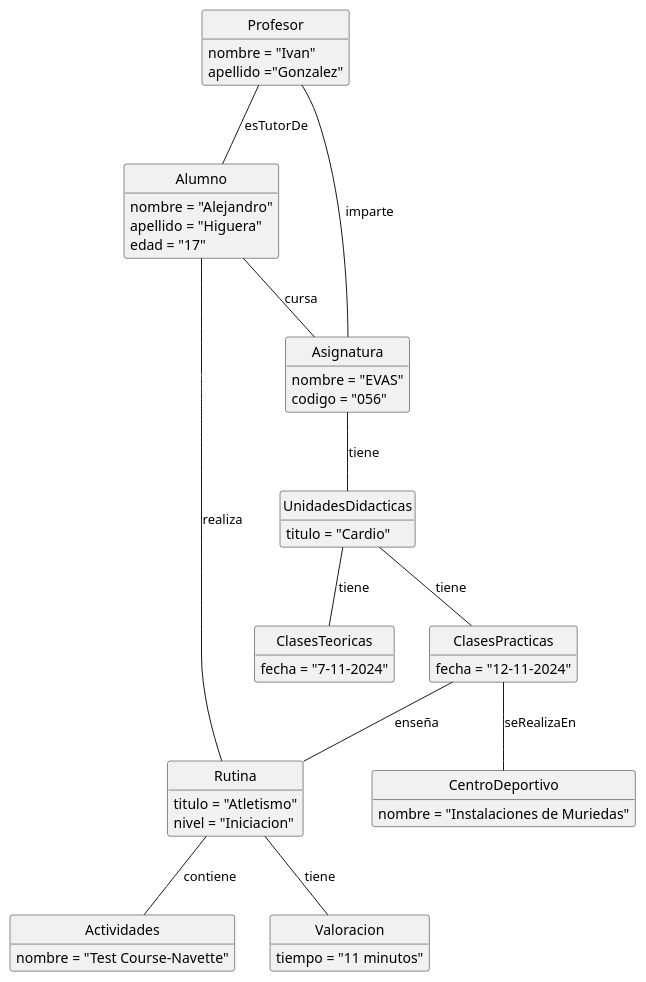
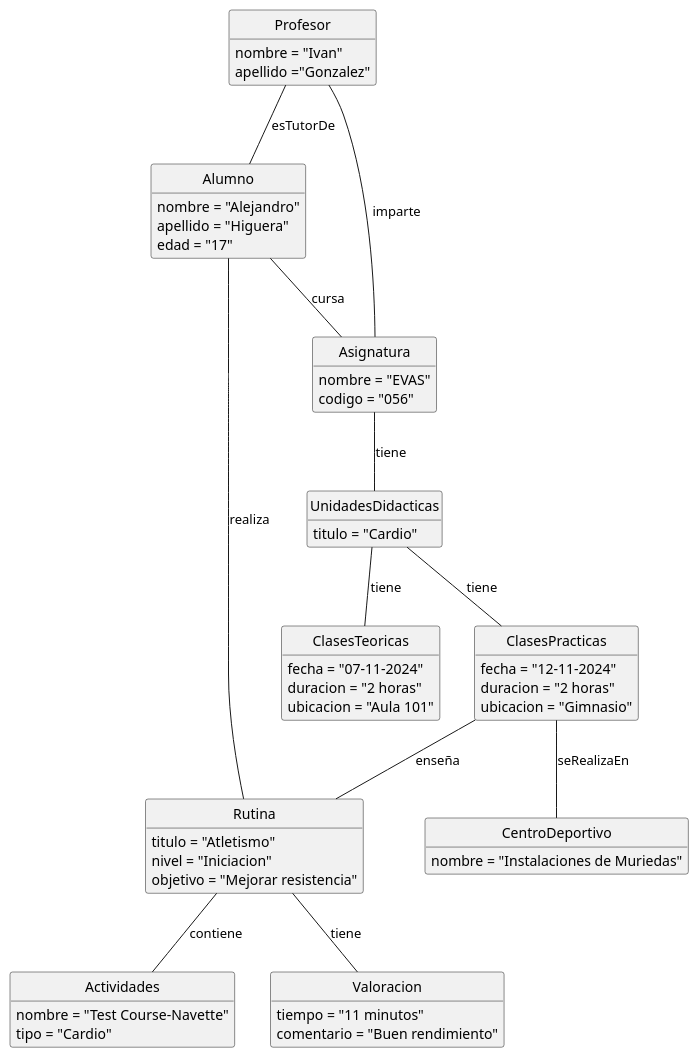
Before and after one commit to mmasias/24-25-IdSw1-SDR: the diagram in Documentos/diagramaDeObjetos/diagramaDeObjetos.puml, drawn with PlantUML.

Commit message:
nuevos campos de alguna clase

```diff
--- a/Documentos/diagramaDeObjetos/diagramaDeObjetos.puml
+++ b/Documentos/diagramaDeObjetos/diagramaDeObjetos.puml
@@ -1,64 +1,71 @@
 @startuml evas
 
 hide circle
 hide empty members
 
 class Profesor {
     nombre = "Ivan"
     apellido ="Gonzalez"
 }
 
 class Alumno {
     nombre = "Alejandro"
     apellido = "Higuera"
     edad = "17"
 }
 
 class Asignatura {
     nombre = "EVAS"
     codigo = "056"
 }
 
 class UnidadesDidacticas {
     titulo = "Cardio"
 }
 
 class ClasesPracticas {
     fecha = "12-11-2024"
+    duracion = "2 horas"
+    ubicacion = "Gimnasio"
 }
 
 class ClasesTeoricas {
-    fecha = "7-11-2024"
+    fecha = "07-11-2024"
+    duracion = "2 horas"
+    ubicacion = "Aula 101"
 }
 
 class CentroDeportivo {
     nombre = "Instalaciones de Muriedas"
 }
 
 class Rutina {
     titulo = "Atletismo"
     nivel = "Iniciacion"
+    objetivo = "Mejorar resistencia"
 }
 
 class Actividades {
     nombre = "Test Course-Navette"
+    tipo = "Cardio"
 }
 
 class Valoracion {
     tiempo = "11 minutos"
+    comentario = "Buen rendimiento"
 }
 
 
 Profesor -- Alumno : esTutorDe
 Profesor -- Asignatura : imparte
 Asignatura -- UnidadesDidacticas : tiene
 UnidadesDidacticas -- ClasesPracticas : tiene
 UnidadesDidacticas -- ClasesTeoricas : tiene
 Alumno -- Asignatura : cursa
 ClasesPracticas -- CentroDeportivo : seRealizaEn
 ClasesPracticas -- Rutina : enseña
 Rutina -- Actividades : contiene
 Rutina -- Valoracion: tiene
 Alumno -- Rutina: realiza
 
 @enduml
```
